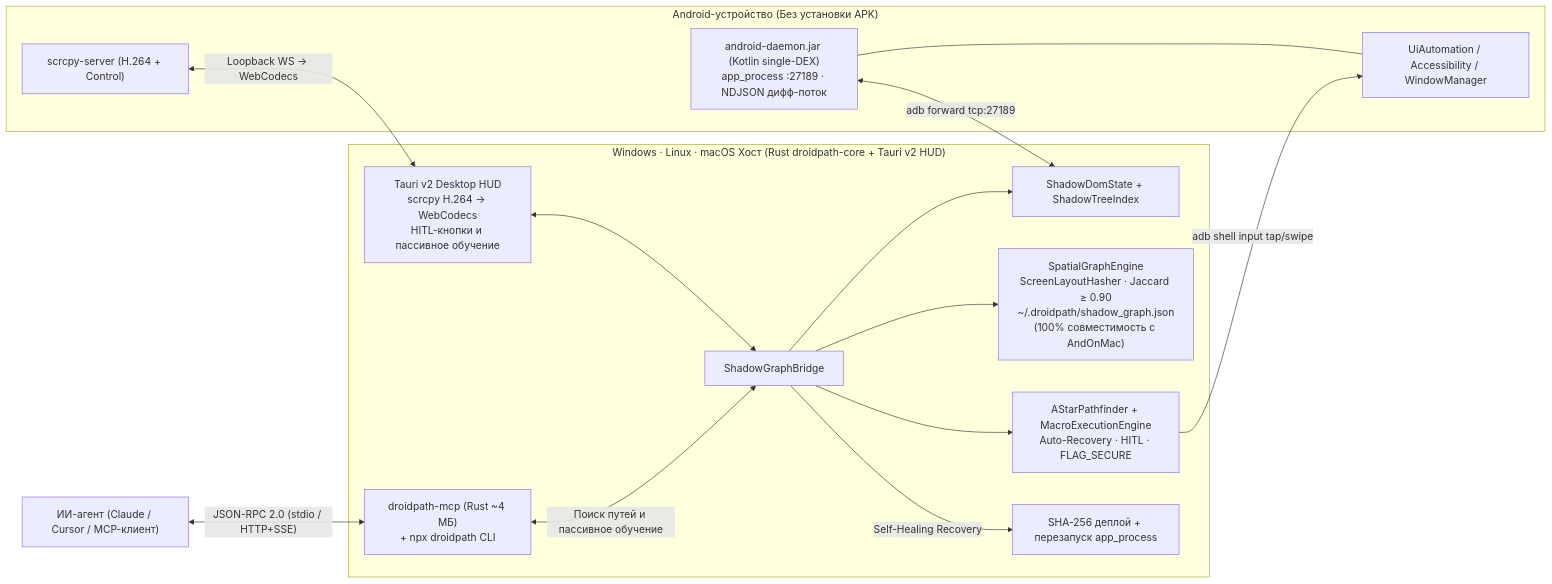
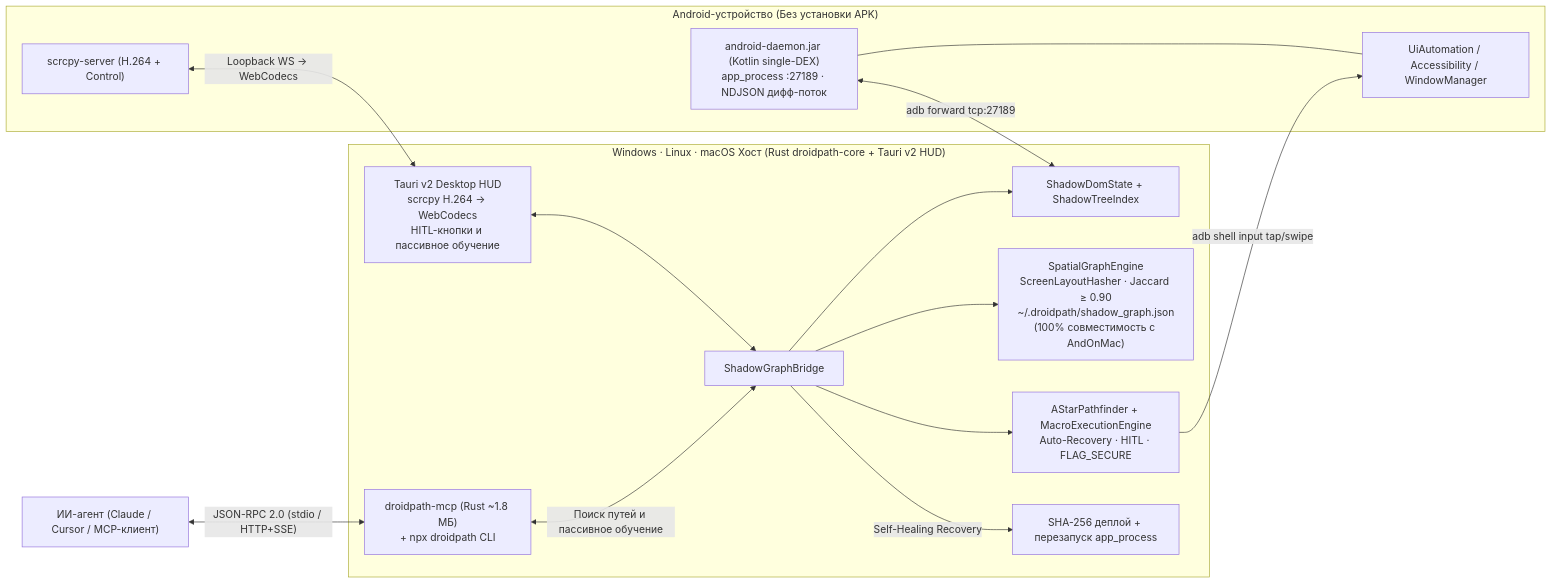
The diagram in README_RU.md (V0val0x/DroidPath), drawn with Mermaid before and after one commit. The commit also changed other lines of this file and 5 other files, not shown here.

````diff
--- a/README_RU.md
+++ b/README_RU.md
@@ -55,24 +55,24 @@
 ```mermaid
 flowchart LR
-    Agent["ИИ-агент (Claude / Cursor / MCP-клиент)"] <-->|"JSON-RPC 2.0 (stdio / HTTP+SSE)"| CLI["droidpath-mcp (Rust ~4 МБ)\n+ npx droidpath CLI"]
+    Agent["ИИ-агент (Claude / Cursor / MCP-клиент)"] <-->|"JSON-RPC 2.0 (stdio / HTTP+SSE)"| CLI["droidpath-mcp (Rust ~1.8 МБ)\n+ npx droidpath CLI"]
 
     subgraph Host["Windows · Linux · macOS Хост (Rust droidpath-core + Tauri v2 HUD)"]
         CLI <-->|"Поиск путей и пассивное обучение"| Bridge["ShadowGraphBridge"]
         HUD["Tauri v2 Desktop HUD\nscrcpy H.264 -> WebCodecs\nHITL-кнопки и пассивное обучение"] <--> Bridge
         Bridge --> DOM["ShadowDomState + ShadowTreeIndex"]
         Bridge --> Graph["SpatialGraphEngine\nScreenLayoutHasher · Jaccard ≥ 0.90\n~/.droidpath/shadow_graph.json\n(100% совместимость с AndOnMac)"]
         Bridge --> AStar["AStarPathfinder + MacroExecutionEngine\nAuto-Recovery · HITL · FLAG_SECURE"]
         Bridge -->|"Self-Healing Recovery"| Recovery["SHA-256 деплой + перезапуск app_process"]
     end
 
     subgraph Android["Android-устройство (Без установки APK)"]
         Daemon["android-daemon.jar (Kotlin single-DEX)\napp_process :27189 · NDJSON дифф-поток"]
         Scrcpy["scrcpy-server (H.264 + Control)"]
         Sys["UiAutomation / Accessibility / WindowManager"]
     end
 
     Daemon <-->|"adb forward tcp:27189"| DOM
     Scrcpy <-->|"Loopback WS -> WebCodecs"| HUD
     AStar -->|"adb shell input tap/swipe"| Sys
     Daemon --- Sys
 ```
````
